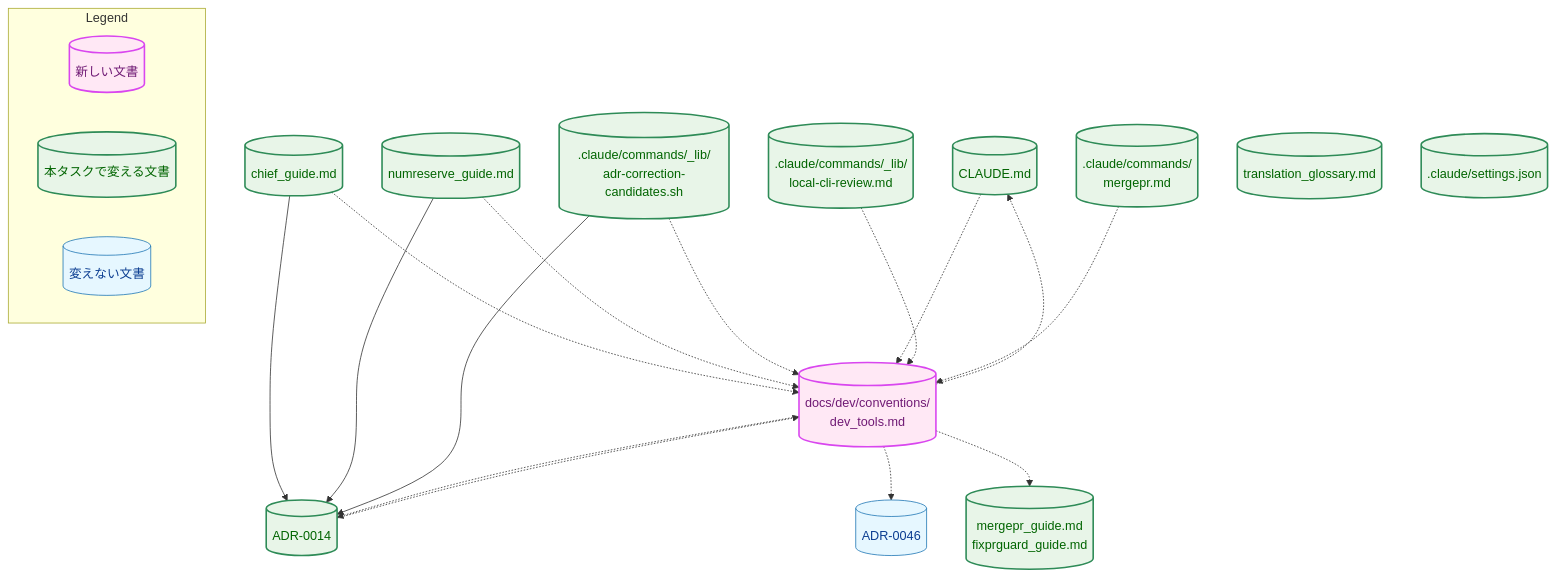
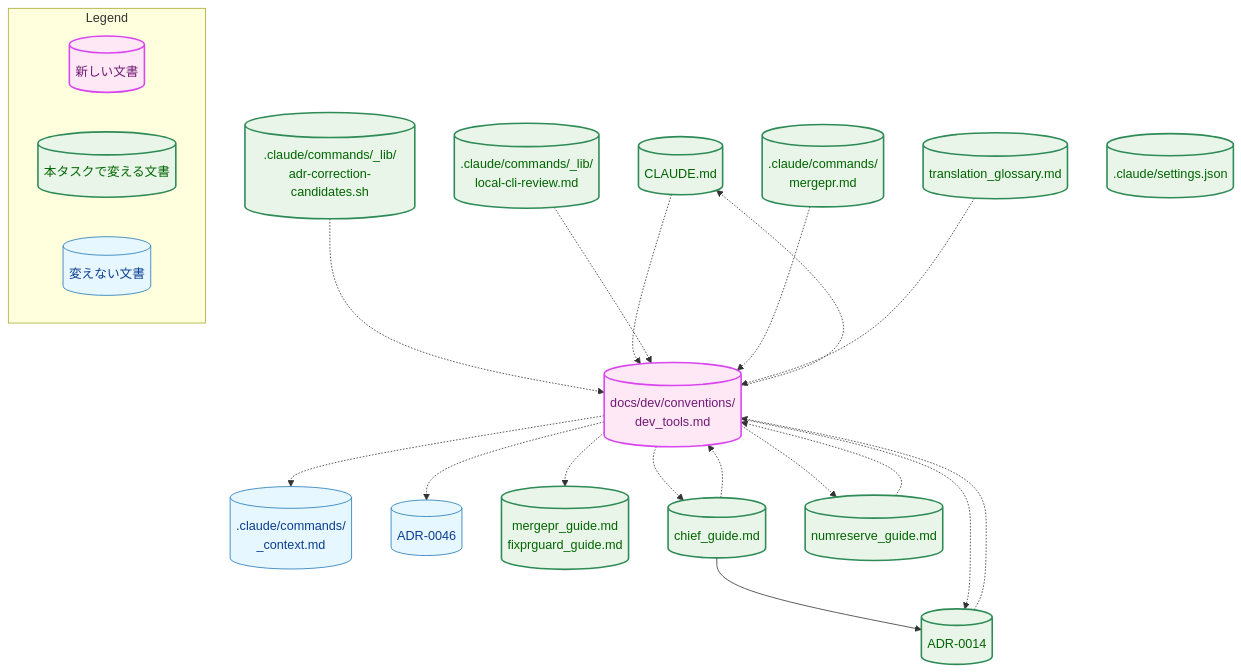
The second of 4 diagrams in docs/tasks/0112_dev_tools_convention/02_architecture.md (isseis/yt2column), drawn with Mermaid before and after one commit. The commit also changed other lines of this file and 1 other file, not shown here.

First line of the commit message:
docs(0112): address the architecture review of the development tools convention

````diff
--- a/docs/tasks/0112_dev_tools_convention/02_architecture.md
+++ b/docs/tasks/0112_dev_tools_convention/02_architecture.md
@@ -95,47 +104,50 @@
 ```mermaid
 flowchart TB
     classDef data fill:#e6f7ff,stroke:#1f77b4,stroke-width:1px,color:#0b3d91;
     classDef enhanced fill:#e8f5e8,stroke:#2e8b57,stroke-width:2px,color:#006400;
     classDef newpkg fill:#ffe8f5,stroke:#d946ef,stroke-width:2px,color:#701a75;
 
     CLAUDE[("CLAUDE.md")]
+    CTX[(".claude/commands/<br>_context.md")]
     CONV[("docs/dev/conventions/<br>dev_tools.md")]
     ADR[("ADR-0014")]
     ADR46[("ADR-0046")]
     MERGEPR[(".claude/commands/<br>mergepr.md")]
     LCR[(".claude/commands/_lib/<br>local-cli-review.md")]
     SCRIPT[(".claude/commands/_lib/<br>adr-correction-candidates.sh")]
     GUIDES[("mergepr_guide.md<br>fixprguard_guide.md")]
     CHIEFG[("chief_guide.md")]
     NUMG[("numreserve_guide.md")]
     GLOSS[("translation_glossary.md")]
     SETTINGS[(".claude/settings.json")]
 
     CHIEFG --> ADR
-    NUMG --> ADR
-    SCRIPT --> ADR
     CHIEFG -.-> CONV
     NUMG -.-> CONV
     SCRIPT -.-> CONV
     CLAUDE -.-> CONV
     LCR -.-> CONV
     MERGEPR -.-> CONV
+    GLOSS -.-> CONV
     ADR -.-> CONV
     CONV -.-> ADR
     CONV -.-> ADR46
     CONV -.-> CLAUDE
+    CONV -.-> CTX
     CONV -.-> GUIDES
+    CONV -.-> CHIEFG
+    CONV -.-> NUMG
 
     class CONV newpkg
     class CLAUDE,ADR,MERGEPR,LCR,SCRIPT,GUIDES,CHIEFG,NUMG,GLOSS,SETTINGS enhanced
-    class ADR46 data
+    class ADR46,CTX data
 
     subgraph Legend["Legend"]
         L1[("新しい文書")]
         L2[("本タスクで変える文書")]
         L3[("変えない文書")]
     end
     class L1 newpkg
     class L2 enhanced
     class L3 data
 ```
````
